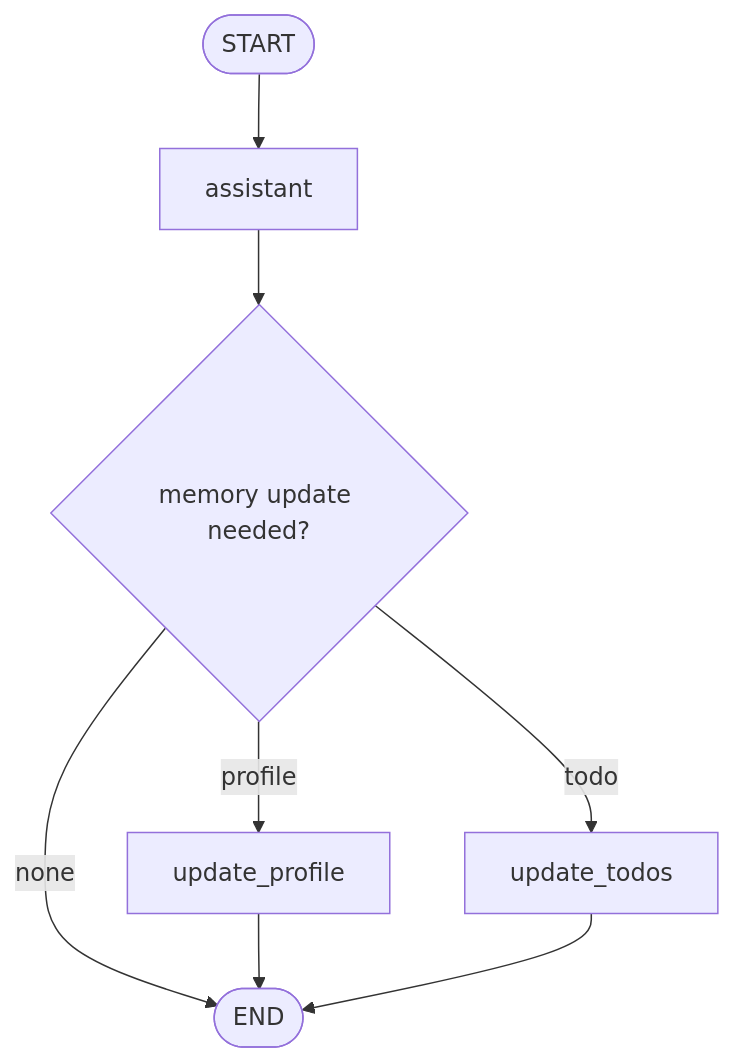
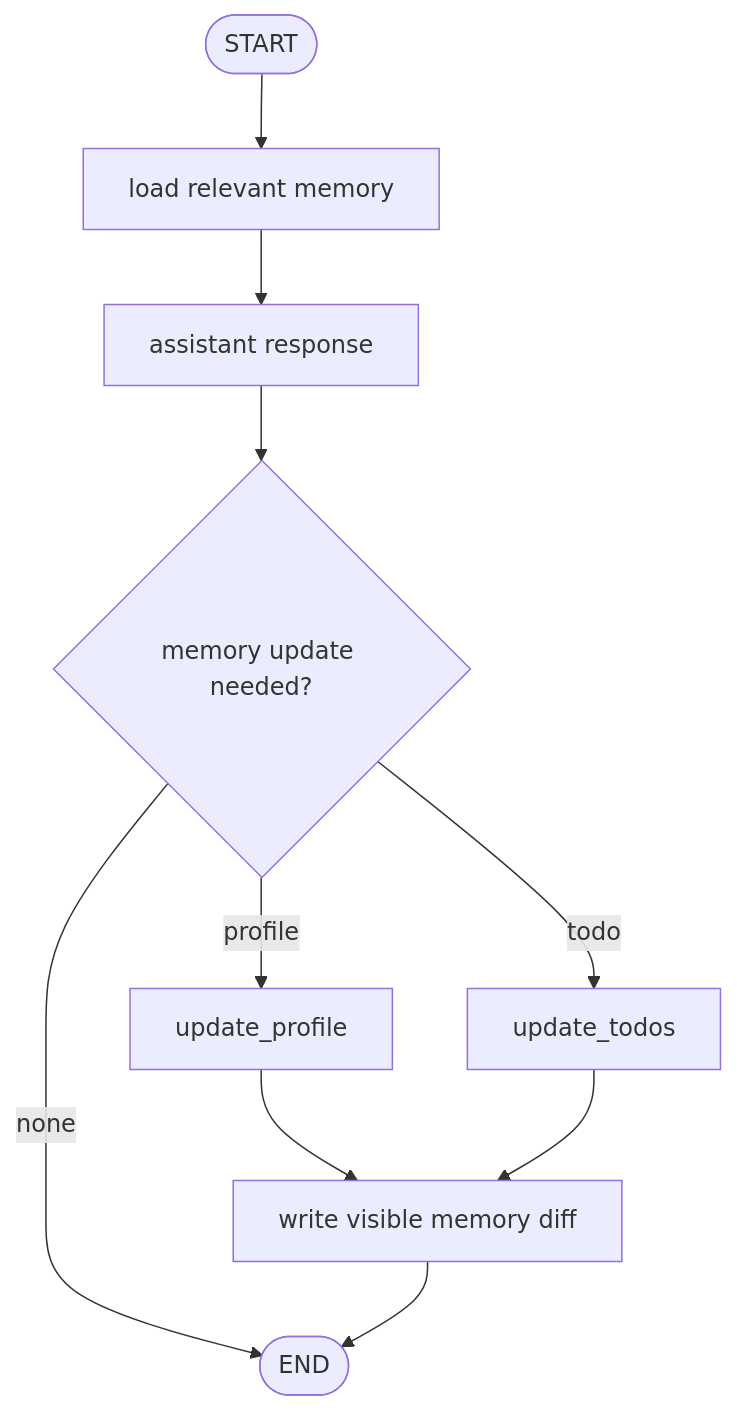
The first of 2 diagrams in docs/agent-patterns/patterns/14-long-term-memory-and-profile-updates.md (heecheon92/langgraph-playground), drawn with Mermaid before and after one commit. The commit also changed other lines of this file and 24 other files, not shown here.

````diff
--- a/docs/agent-patterns/patterns/14-long-term-memory-and-profile-updates.md
+++ b/docs/agent-patterns/patterns/14-long-term-memory-and-profile-updates.md
@@ -32,10 +27,12 @@
 ```mermaid
 flowchart TD
-    Start([START]) --> Assistant[assistant]
-    Assistant --> Route{memory update needed?}
-    Route -->|profile| Profile[update_profile]
-    Route -->|todo| Todo[update_todos]
-    Route -->|none| End([END])
-    Profile --> End
-    Todo --> End
+    Start([START]) --> Recall[load relevant memory]
+    Recall --> Assistant[assistant response]
+    Assistant --> Extract{memory update needed?}
+    Extract -->|profile| Profile[update_profile]
+    Extract -->|todo| Todo[update_todos]
+    Extract -->|none| End([END])
+    Profile --> Diff[write visible memory diff]
+    Todo --> Diff
+    Diff --> End
 ```
````
